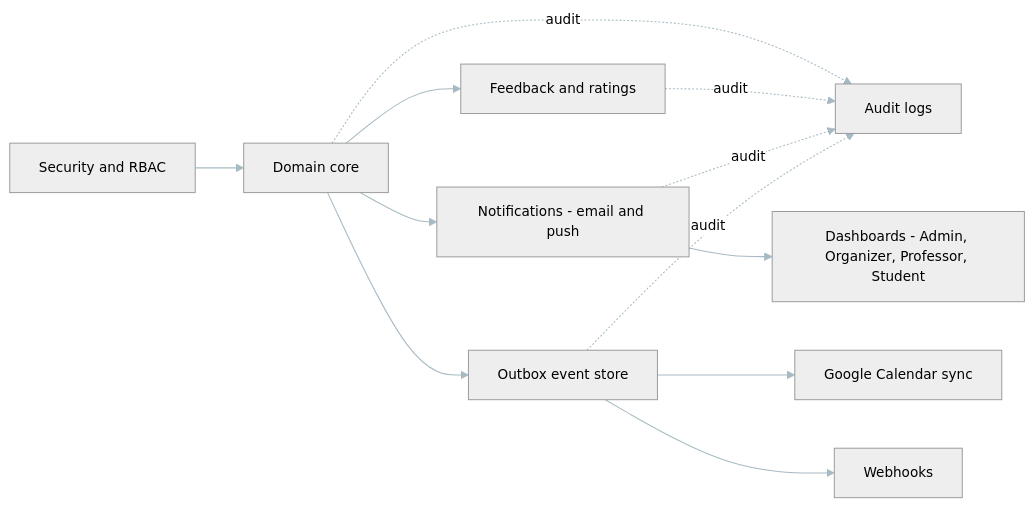
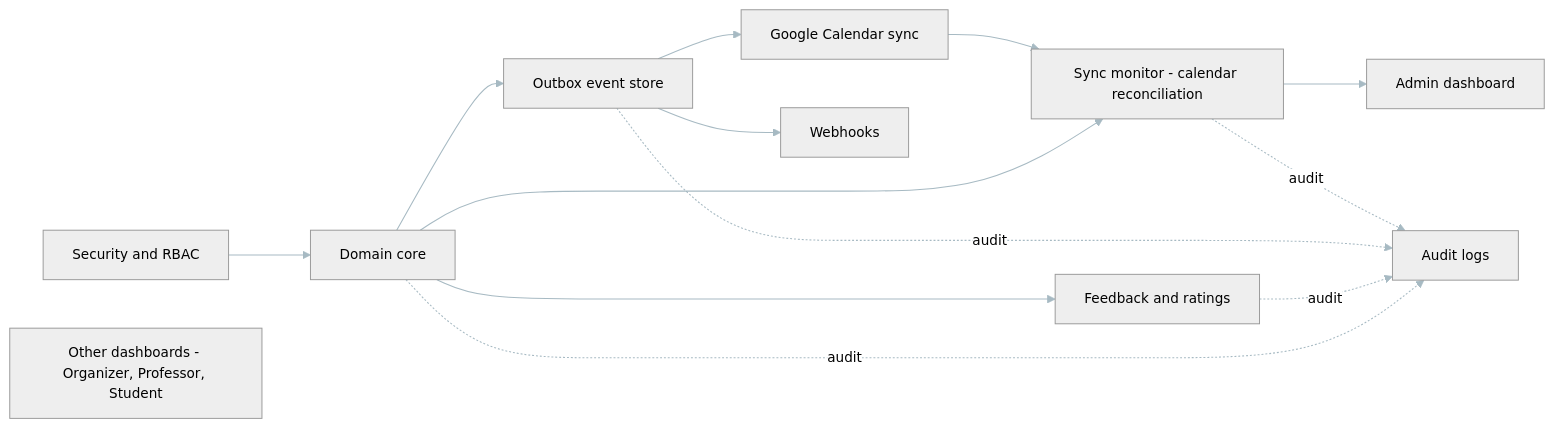
Before and after one commit to djole994/E-Raspored-docs: the first of 3 diagrams in README.md, drawn with Mermaid. The commit also changed other lines of this file, not shown here.

````diff
--- a/README.md
+++ b/README.md
@@ -122,33 +122,37 @@
 ```mermaid 
 
 %%{init: {"theme":"neutral","themeVariables":{
   "primaryColor":"#6096B4","secondaryColor":"#93BFCF","tertiaryColor":"#BDCDD6",
   "lineColor":"#2f4f60","fontFamily":"Inter,Segoe UI,Arial","fontSize":"14px"
 }, "flowchart": { "useMaxWidth": false } }}%%
 flowchart LR
   RBAC[Security and RBAC]
   CORE[Domain core]
   OUTB[Outbox event store]
   GCAL[Google Calendar sync]
   WH[Webhooks]
-  NT[Notifications - email and push]
+  RECON[Sync monitor - calendar reconciliation]
   FB[Feedback and ratings]
   AUD[Audit logs]
-  DASH[Dashboards - Admin, Organizer, Professor, Student]
+  DADM[Admin dashboard]
+  DOTH[Other dashboards - Organizer, Professor, Student]
 
   RBAC --> CORE
   CORE --> FB
-  CORE --> NT
   CORE --> OUTB
   OUTB --> GCAL
   OUTB --> WH
-  NT --> DASH
+
+  CORE --> RECON
+  GCAL --> RECON
+  RECON --> DADM
 
   CORE -.audit.-> AUD
   FB   -.audit.-> AUD
-  NT   -.audit.-> AUD
   OUTB -.audit.-> AUD
+  RECON -.audit.-> AUD
 
   linkStyle default stroke:#8aa3af,stroke-width:1.1,opacity:0.75;
 
+
 ```
````
